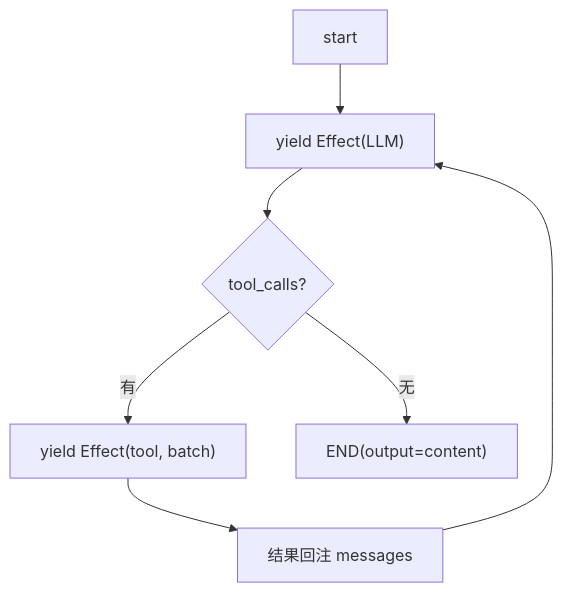
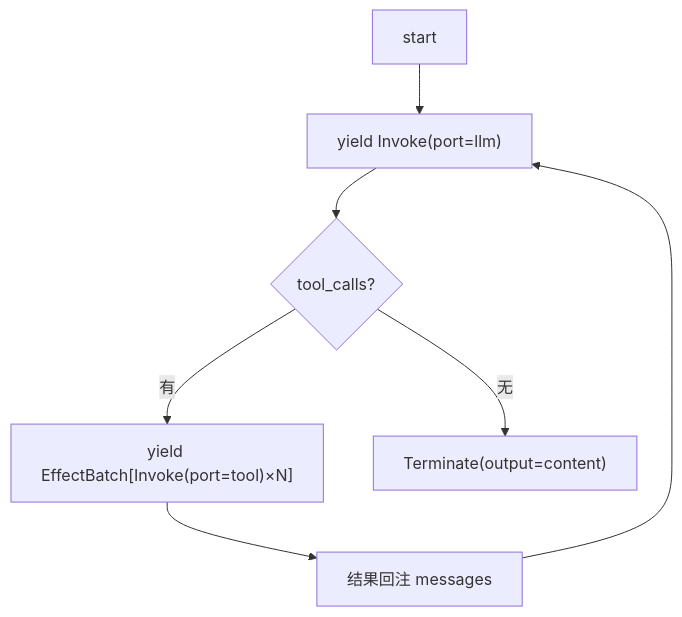
The third of 11 diagrams in docs/02-模块详设/Agent/R12-内置架构与组合.md (sao-lang/lll), drawn with Mermaid before and after one commit. The commit also changed other lines of this file and 127 other files, not shown here.

````diff
--- a/docs/02-模块详设/Agent/R12-内置架构与组合.md
+++ b/docs/02-模块详设/Agent/R12-内置架构与组合.md
@@ -190,7 +190,7 @@
 ```mermaid
 flowchart TD
-    S["start"] --> L["yield Effect(LLM)"]
+    S["start"] --> L["yield Invoke(port=llm)"]
     L --> Q{"tool_calls?"}
-    Q -->|有| T["yield Effect(tool, batch)"] --> M["结果回注 messages"] --> L
-    Q -->|无| E["END(output=content)"]
+    Q -->|有| T["yield EffectBatch[Invoke(port=tool)×N]"] --> M["结果回注 messages"] --> L
+    Q -->|无| E["Terminate(output=content)"]
 ```
````
